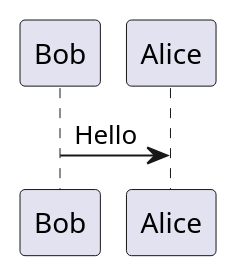
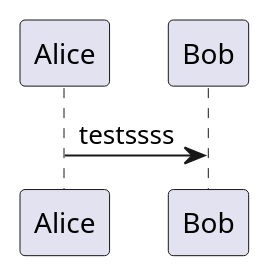
Before and after one commit to welldesignedsystem/welldesignedsystem.github.io: the diagram in content/english/about/_index.md, drawn with PlantUML. The commit also changed other lines of this file, not shown here.

```diff
--- a/content/english/about/_index.md
+++ b/content/english/about/_index.md
@@ -21,5 +17,5 @@
 {{< plantuml >}}
 @startuml
-Bob->Alice: Hello
+Alice -> Bob: testssss
 @enduml
 {{< /plantuml >}}
```
